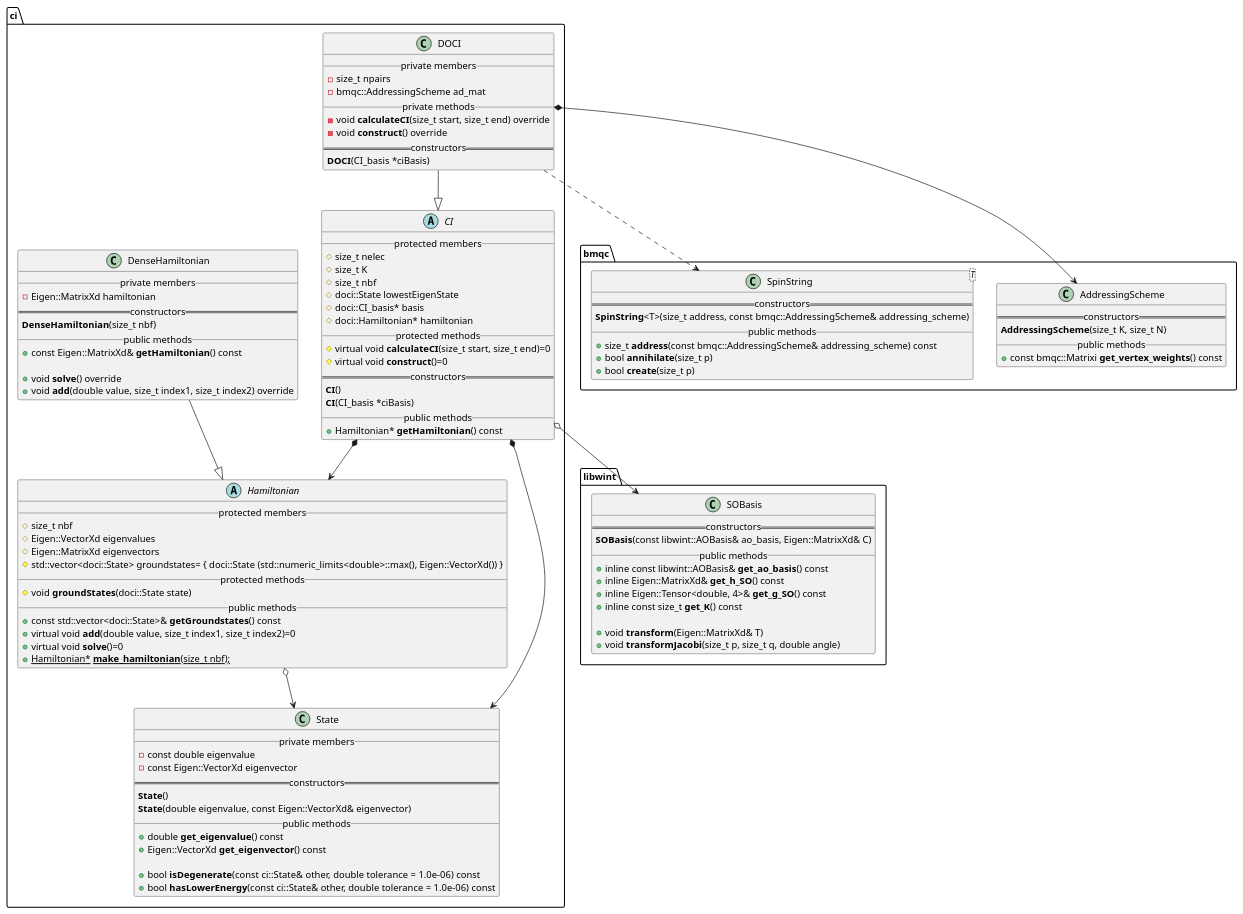
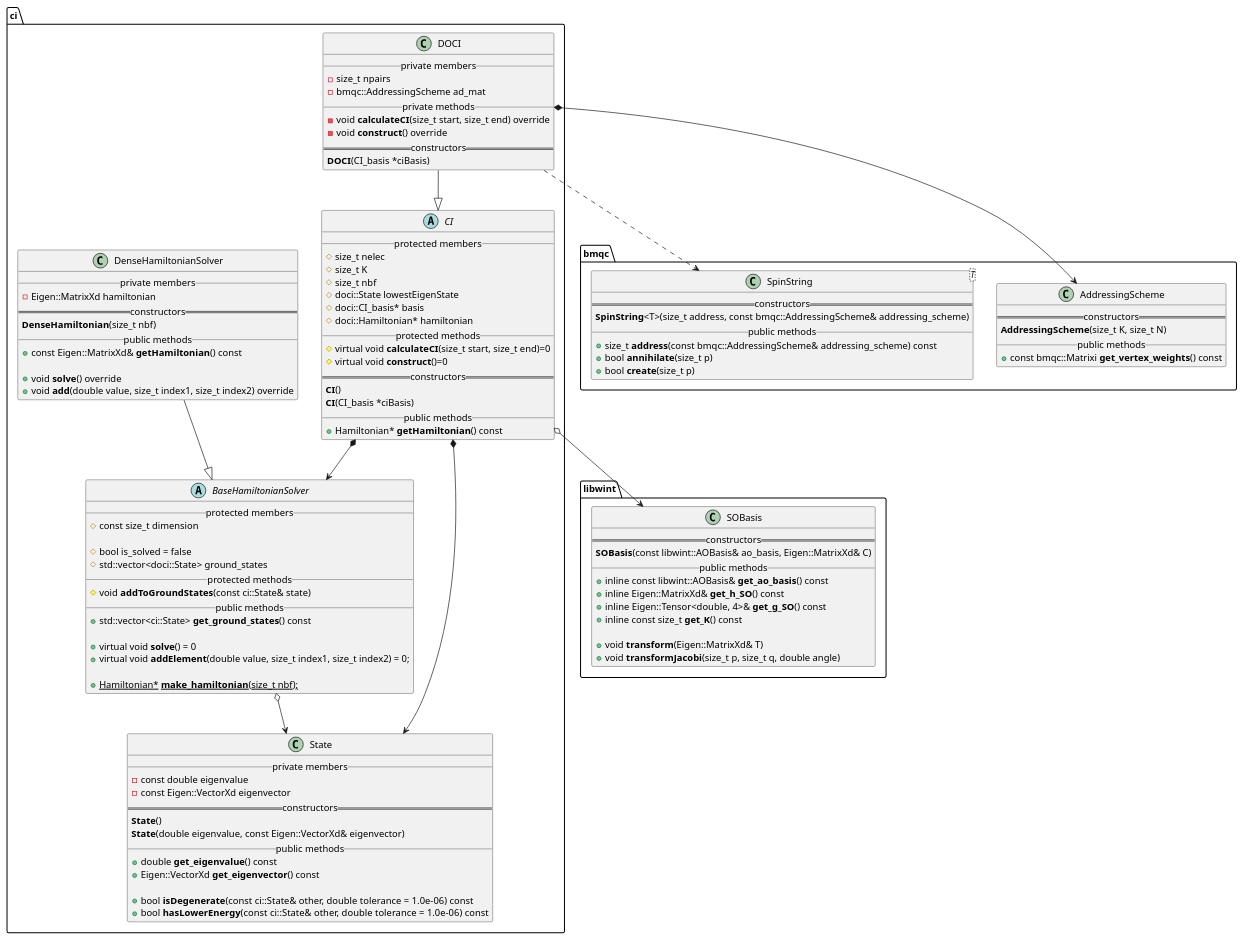
Before and after one commit to tmhuysen/ci: the diagram in docs/ci.puml, drawn with PlantUML. The commit also changed 10 other files, not shown here.

Commit message:
Refactor BaseHamiltonianSolver and DenseHamiltonianSolver.

```diff
--- a/docs/ci.puml
+++ b/docs/ci.puml
@@ -1,130 +1,135 @@
 @startuml
 
 namespace ci {
+
+    class State {
+        __ private members __
+            - const double eigenvalue
+            - const Eigen::VectorXd eigenvector
+        == constructors ==
+            **State**()
+            **State**(double eigenvalue, const Eigen::VectorXd& eigenvector)
+        __ public methods __
+            + double **get_eigenvalue**() const
+            + Eigen::VectorXd **get_eigenvector**() const
+
+            + bool **isDegenerate**(const ci::State& other, double tolerance = 1.0e-06) const
+            + bool **hasLowerEnergy**(const ci::State& other, double tolerance = 1.0e-06) const
+    }
+
+
     abstract class CI {
         __ protected members __
             # size_t nelec
             # size_t K
             # size_t nbf
             # doci::State lowestEigenState
             # doci::CI_basis* basis
             # doci::Hamiltonian* hamiltonian
         __ protected methods __
             # virtual void **calculateCI**(size_t start, size_t end)=0
             # virtual void **construct**()=0
         == constructors ==
             **CI**()
             **CI**(CI_basis *ciBasis)
         __ public methods __
             + Hamiltonian* **getHamiltonian**() const
     }
 
 
     class DOCI {
         __ private members __
             - size_t npairs
             - bmqc::AddressingScheme ad_mat
         __ private methods __
             - void **calculateCI**(size_t start, size_t end) override
             - void **construct**() override
         == constructors ==
             **DOCI**(CI_basis *ciBasis)
     }
 
 
-    class State {
-        __ private members __
-            - const double eigenvalue
-            - const Eigen::VectorXd eigenvector
-        == constructors ==
-            **State**()
-            **State**(double eigenvalue, const Eigen::VectorXd& eigenvector)
-        __ public methods __
-            + double **get_eigenvalue**() const
-            + Eigen::VectorXd **get_eigenvector**() const
-
-            + bool **isDegenerate**(const ci::State& other, double tolerance = 1.0e-06) const
-            + bool **hasLowerEnergy**(const ci::State& other, double tolerance = 1.0e-06) const
-    }
 
 
-    abstract class Hamiltonian {
+    abstract class BaseHamiltonianSolver {
         __ protected members __
-            # size_t nbf
-            # Eigen::VectorXd eigenvalues
-            # Eigen::MatrixXd eigenvectors
-            # std::vector<doci::State> groundstates= { doci::State (std::numeric_limits<double>::max(), Eigen::VectorXd()) }
+            # const size_t dimension
+
+            # bool is_solved = false
+            # std::vector<doci::State> ground_states
         __ protected methods __
-            # void **groundStates**(doci::State state)
+            # void **addToGroundStates**(const ci::State& state)
         __ public methods __
-            + const std::vector<doci::State>& **getGroundstates**() const
-            + virtual void **add**(double value, size_t index1, size_t index2)=0
-            + virtual void **solve**()=0
+            + std::vector<ci::State> **get_ground_states**() const
+
+            + virtual void **solve**() = 0
+            + virtual void **addElement**(double value, size_t index1, size_t index2) = 0;
+
             + {static} Hamiltonian* **make_hamiltonian**(size_t nbf);
     }
 
 
-    class DenseHamiltonian {
+    class DenseHamiltonianSolver {
         __ private members __
             - Eigen::MatrixXd hamiltonian
         == constructors ==
             **DenseHamiltonian**(size_t nbf)
         __ public methods __
             + const Eigen::MatrixXd& **getHamiltonian**() const
 
             + void **solve**() override
             + void **add**(double value, size_t index1, size_t index2) override
     }
 }
 
 
 namespace bmqc {
     class AddressingScheme {
         == constructors ==
             **AddressingScheme**(size_t K, size_t N)
         __ public methods __
             + const bmqc::Matrixi **get_vertex_weights**() const
     }
 
 
     class SpinString<T> {
         == constructors ==
             **SpinString**<T>(size_t address, const bmqc::AddressingScheme& addressing_scheme)
         __ public methods __
             + size_t **address**(const bmqc::AddressingScheme& addressing_scheme) const
             + bool **annihilate**(size_t p)
             + bool **create**(size_t p)
     }
 }
 
 
 namespace libwint {
     class SOBasis {
         == constructors ==
             **SOBasis**(const libwint::AOBasis& ao_basis, Eigen::MatrixXd& C)
         __ public methods __
             + inline const libwint::AOBasis& **get_ao_basis**() const
             + inline Eigen::MatrixXd& **get_h_SO**() const
             + inline Eigen::Tensor<double, 4>& **get_g_SO**() const
             + inline const size_t **get_K**() const
 
             + void **transform**(Eigen::MatrixXd& T)
             + void **transformJacobi**(size_t p, size_t q, double angle)
     }
 }
 
 
-ci.Hamiltonian o--> ci.State
+ci.BaseHamiltonianSolver o--> ci.State
 
-ci.DenseHamiltonian --|> ci.Hamiltonian
+ci.DenseHamiltonianSolver --|> ci.BaseHamiltonianSolver
 
 ci.CI *--> ci.State
 ci.CI o--> libwint.SOBasis
-ci.CI *--> ci.Hamiltonian
+ci.CI *--> ci.BaseHamiltonianSolver
 
 ci.DOCI --|> ci.CI
 ci.DOCI *--> bmqc.AddressingScheme
 ci.DOCI ..> bmqc.SpinString
 
 
 @enduml
```
